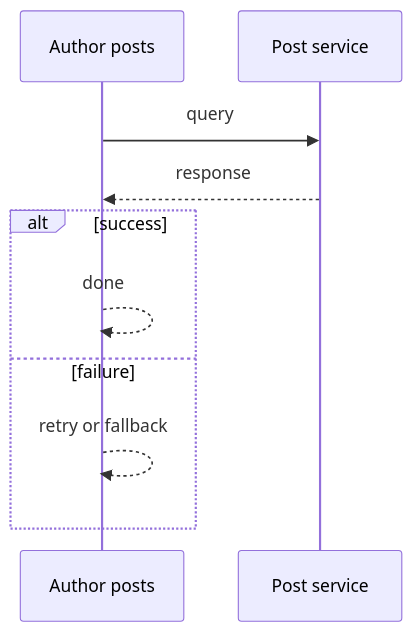
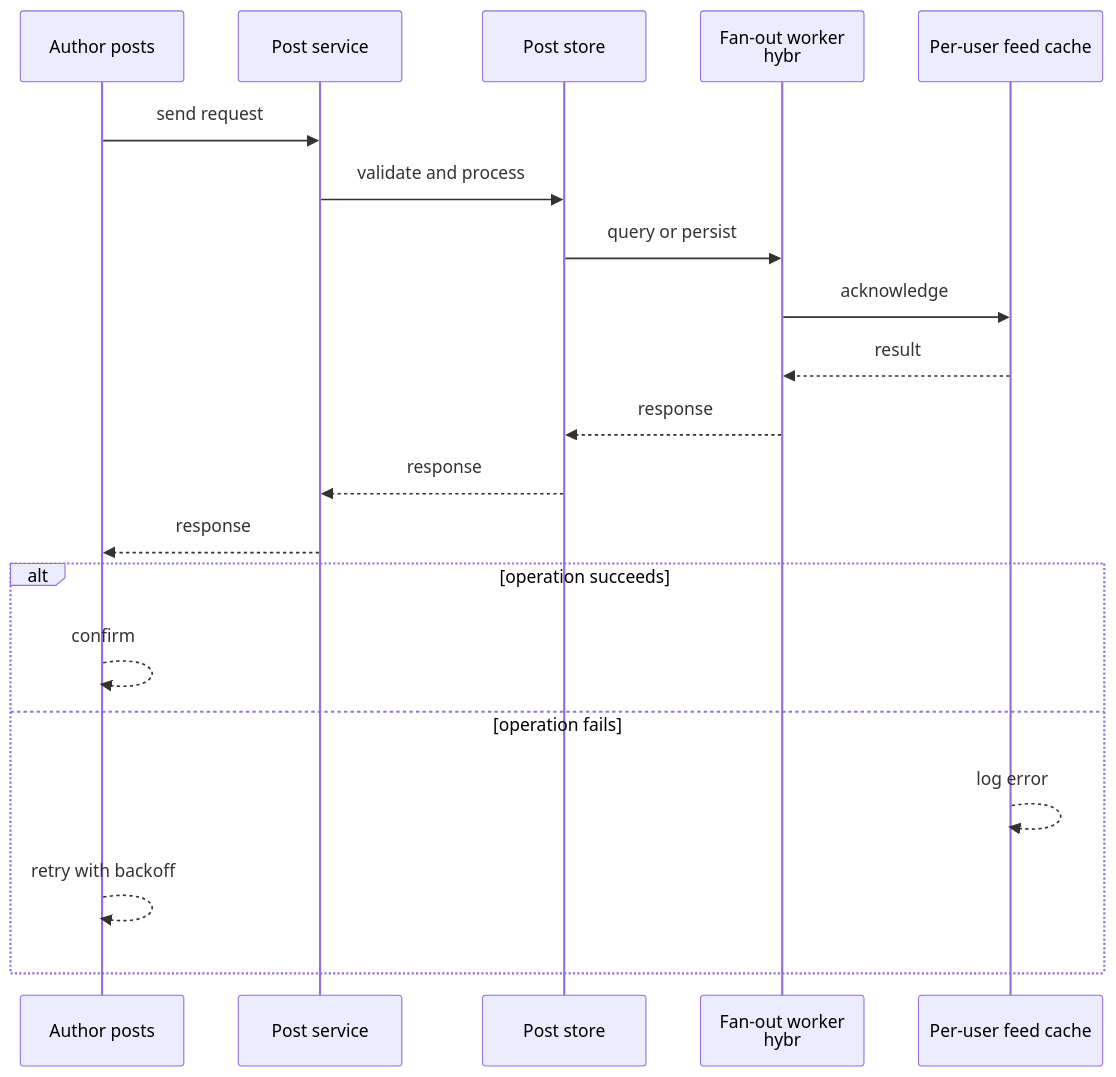
Before and after one commit to RIT-MESH/system-design-mastery: the second of 4 diagrams in case-studies/intermediate/social-media-feed.md, drawn with Mermaid. The commit also changed other lines of this file and 64 other files, not shown here.

````diff
--- a/case-studies/intermediate/social-media-feed.md
+++ b/case-studies/intermediate/social-media-feed.md
@@ -75,13 +67,23 @@
 ```mermaid
 %% created-for: system-design-mastery
 sequenceDiagram
-  participant P0 as Author posts
-  participant P1 as Post service
-  P0 ->> P1: query
-  P1 -->> P0: response
-  alt success
-    P0 -->> P0: done
-  else failure
-    P0 -->> P0: retry or fallback
+  participant C0 as Author posts
+  participant C1 as Post service
+  participant C2 as Post store
+  participant C3 as Fan-out worker<br > hybr
+  participant C4 as Per-user feed cache
+  C0 ->> C1: send request
+  C1 ->> C2: validate and process
+  C2 ->> C3: query or persist
+  C3 ->> C4: acknowledge
+  C4 -->> C3: result
+  C3 -->> C2: response
+  C2 -->> C1: response
+  C1 -->> C0: response
+  alt operation succeeds
+    C0 -->> C0: confirm
+  else operation fails
+    C4 -->> C4: log error
+    C0 -->> C0: retry with backoff
   end
 ```
````
